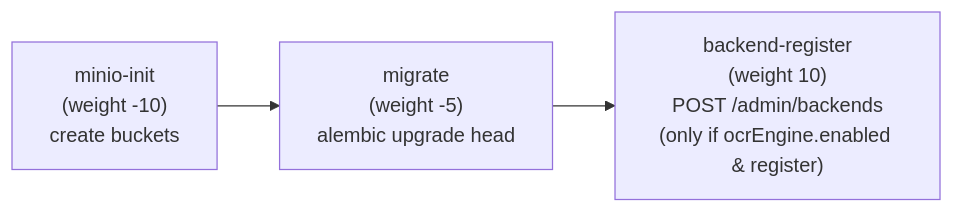
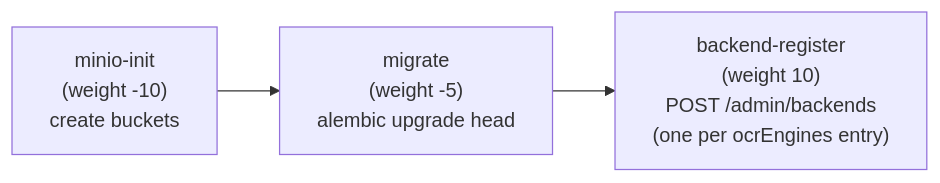
One commit to moravianlibrary/tuzka-as-a-service changed the second of 3 diagrams in deploy/helm/taas/ARCHITECTURE.md. Above: the diagram before and after it, drawn with Mermaid. The commit also changed 5 other files, not shown here.

First line of the commit message:
feat(helm): deploy multiple in-cluster OCR engines via ocrEngines list

````diff
--- a/deploy/helm/taas/ARCHITECTURE.md
+++ b/deploy/helm/taas/ARCHITECTURE.md
@@ -71,4 +71,4 @@
 ```mermaid
 flowchart LR
-    A["minio-init\n(weight -10)\ncreate buckets"] --> B["migrate\n(weight -5)\nalembic upgrade head"] --> C["backend-register\n(weight 10)\nPOST /admin/backends\n(only if ocrEngine.enabled & register)"]
+    A["minio-init\n(weight -10)\ncreate buckets"] --> B["migrate\n(weight -5)\nalembic upgrade head"] --> C["backend-register\n(weight 10)\nPOST /admin/backends\n(one per ocrEngines entry)"]
 ```
````
